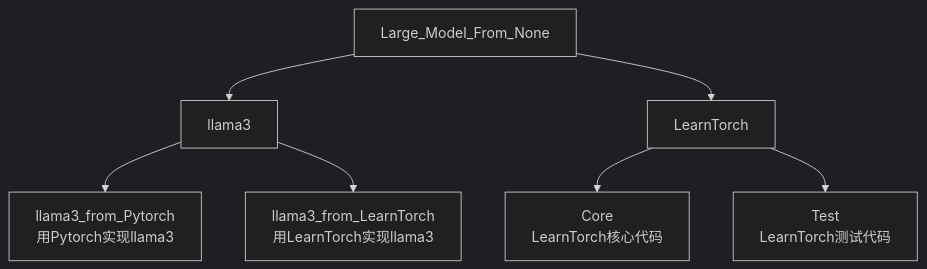
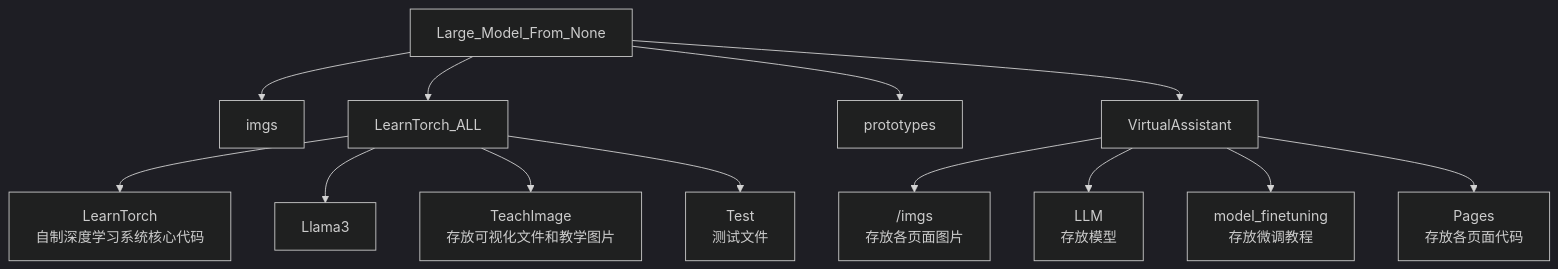
The diagram in README.md (ZeweiLi999/Large_Model_From_None), drawn with Mermaid (dark theme) before and after one commit. The commit also changed other lines of this file and 57 other files, not shown here.

````diff
--- a/README.md
+++ b/README.md
@@ -20,11 +47,17 @@
 ```mermaid
 graph TD
-    Large_Model_From_None --> llama3
-    Large_Model_From_None --> LearnTorch
+    Large_Model_From_None --> imgs
+    Large_Model_From_None --> LearnTorch_ALL
+    Large_Model_From_None --> prototypes
+    Large_Model_From_None --> VirtualAssistant
 
-    llama3 --> llama3_from_Pytorch["llama3_from_Pytorch<br>用Pytorch实现llama3"]
-    llama3 --> llama3_from_LearnTorch["llama3_from_LearnTorch<br>用LearnTorch实现llama3"]
+    LearnTorch_ALL --> LearnTorch["LearnTorch<br>自制深度学习系统核心代码"]
+    LearnTorch_ALL --> Llama3
+    LearnTorch_ALL --> TeachImage["TeachImage<br>存放可视化文件和教学图片"]
+    LearnTorch_ALL --> Test["Test<br>测试文件"]
 
-    LearnTorch --> Core["Core<br>LearnTorch核心代码"]
-    LearnTorch --> Test["Test<br>LearnTorch测试代码"]
+    VirtualAssistant --> /imgs["/imgs<br>存放各页面图片"]
+    VirtualAssistant --> LLM["LLM<br>存放模型"]
+    VirtualAssistant --> model_finetuning["model_finetuning<br>存放微调教程"]
+    VirtualAssistant --> Pages["Pages<br>存放各页面代码"]
 ```
````
